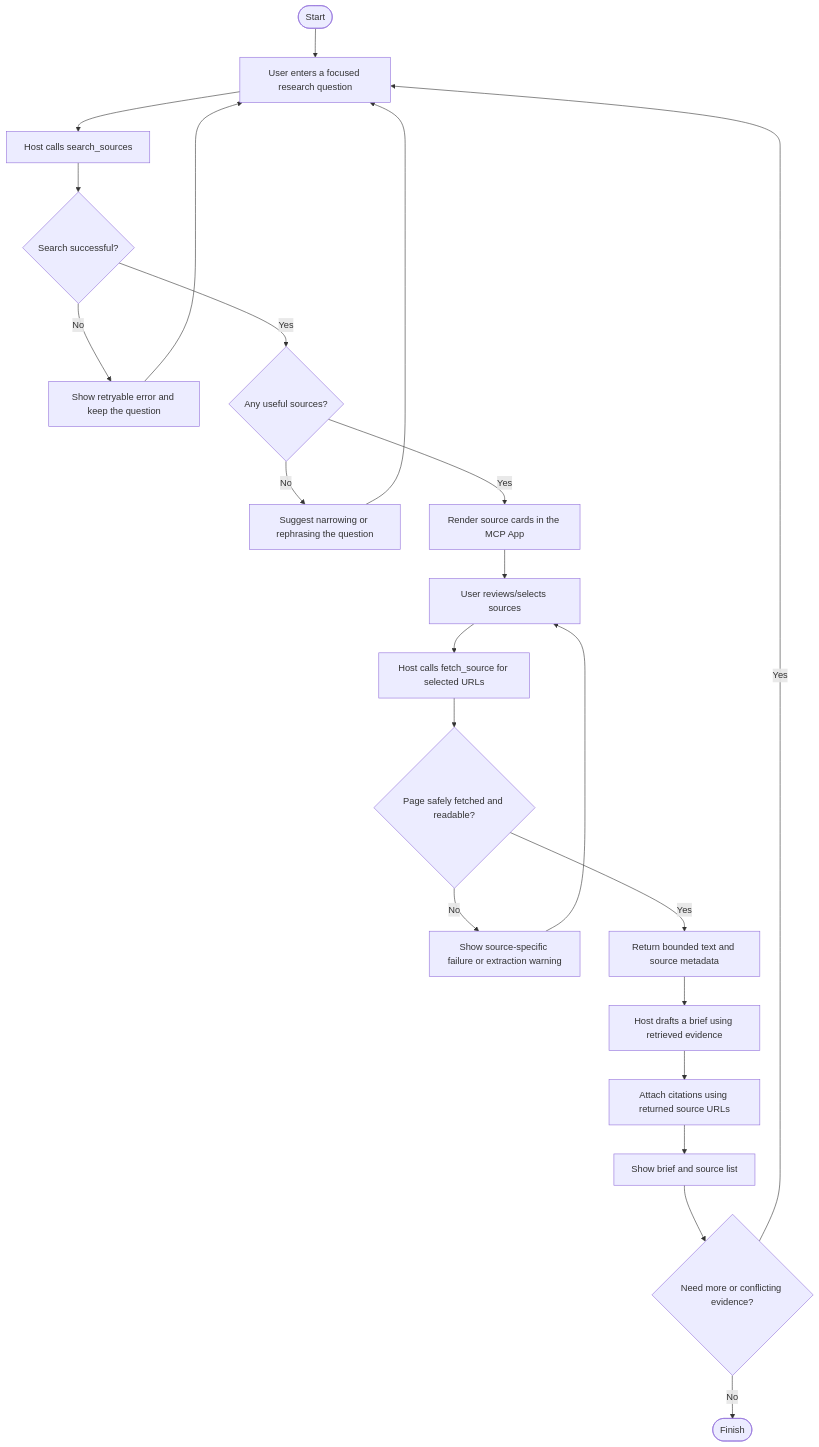
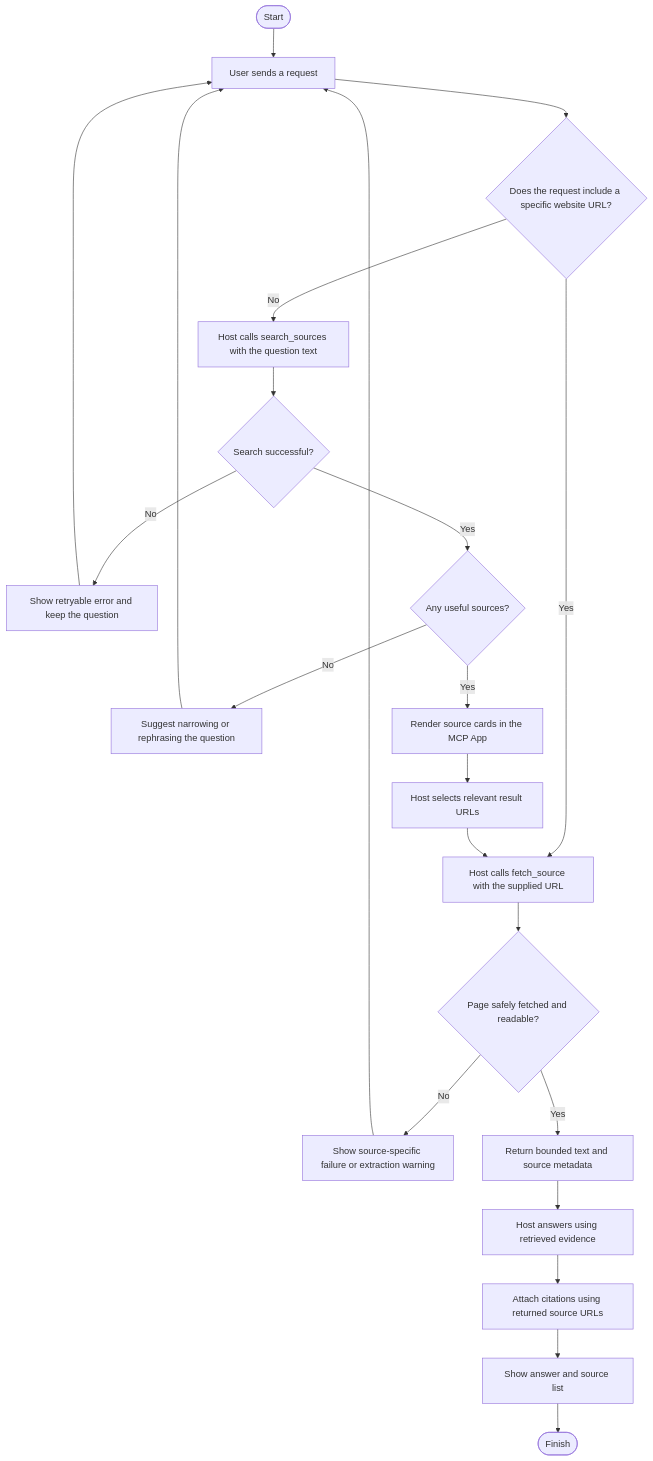
Before and after one commit to Arpitm544/Research-Brief-Builder: the first of 2 diagrams in docs/flowchart.md, drawn with Mermaid. The commit also changed 6 other files, not shown here.

````diff
--- a/docs/flowchart.md
+++ b/docs/flowchart.md
@@ -5,24 +5,24 @@
 ```mermaid
 flowchart TD
-    A([Start]) --> B[User enters a focused research question]
-    B --> C[Host calls search_sources]
-    C --> D{Search successful?}
-    D -- No --> E[Show retryable error and keep the question]
-    E --> B
-    D -- Yes --> F{Any useful sources?}
-    F -- No --> G[Suggest narrowing or rephrasing the question]
-    G --> B
-    F -- Yes --> H[Render source cards in the MCP App]
-    H --> I[User reviews/selects sources]
-    I --> J[Host calls fetch_source for selected URLs]
-    J --> K{Page safely fetched and readable?}
-    K -- No --> L[Show source-specific failure or extraction warning]
-    L --> I
-    K -- Yes --> M[Return bounded text and source metadata]
-    M --> N[Host drafts a brief using retrieved evidence]
-    N --> O[Attach citations using returned source URLs]
-    O --> P[Show brief and source list]
-    P --> Q{Need more or conflicting evidence?}
-    Q -- Yes --> B
-    Q -- No --> R([Finish])
+    A([Start]) --> B[User sends a request]
+    B --> C{Does the request include a specific website URL?}
+    C -- Yes --> J[Host calls fetch_source with the supplied URL]
+    C -- No --> D[Host calls search_sources with the question text]
+    D --> E{Search successful?}
+    E -- No --> F[Show retryable error and keep the question]
+    F --> B
+    E -- Yes --> G{Any useful sources?}
+    G -- No --> H[Suggest narrowing or rephrasing the question]
+    H --> B
+    G -- Yes --> I[Render source cards in the MCP App]
+    I --> K[Host selects relevant result URLs]
+    K --> J
+    J --> L{Page safely fetched and readable?}
+    L -- No --> M[Show source-specific failure or extraction warning]
+    M --> B
+    L -- Yes --> N[Return bounded text and source metadata]
+    N --> O[Host answers using retrieved evidence]
+    O --> P[Attach citations using returned source URLs]
+    P --> Q[Show answer and source list]
+    Q --> R([Finish])
 ```
````
